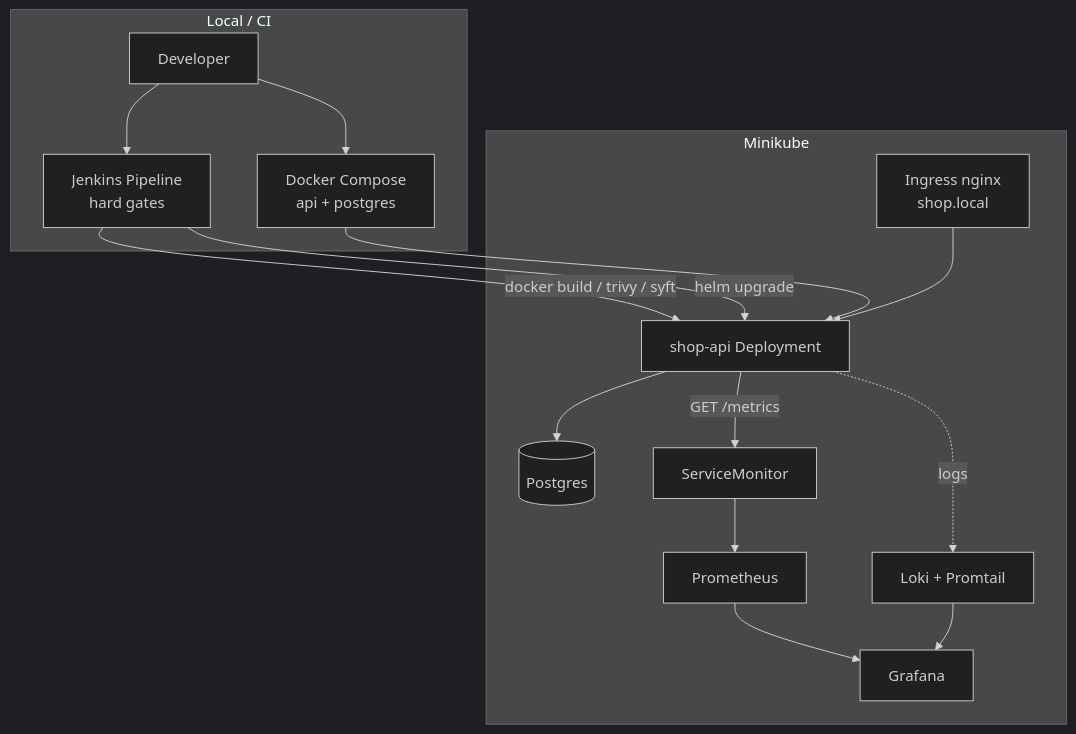
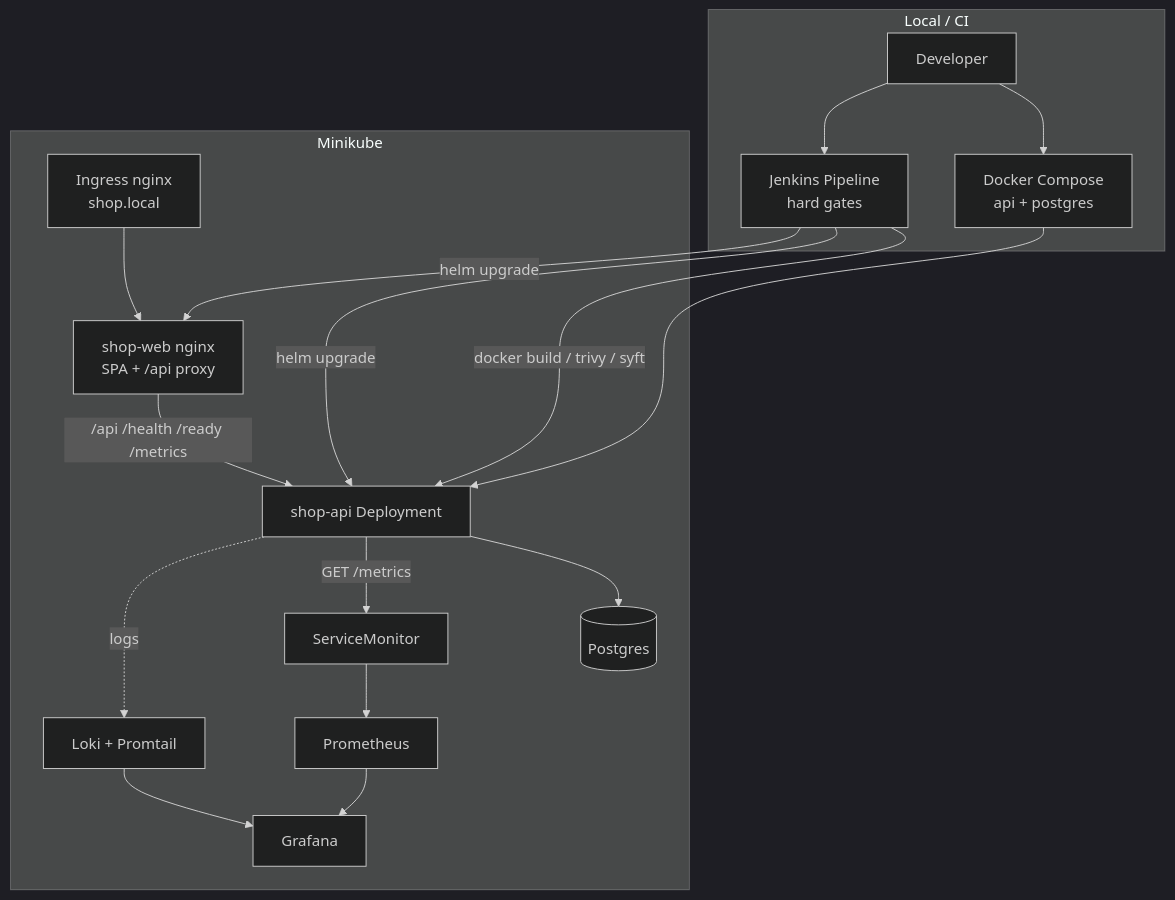
The diagram in README.md (almog975/FinalProject), drawn with Mermaid (dark theme) before and after one commit. The commit also changed other lines of this file and 18 other files, not shown here.

First line of the commit message:
feat: separate shop-web nginx container from API

````diff
--- a/README.md
+++ b/README.md
@@ -28,31 +28,34 @@
 ```mermaid
 flowchart TB
   subgraph local["Local / CI"]
     Dev[Developer]
     Jenkins[Jenkins Pipeline<br/>hard gates]
     Compose[Docker Compose<br/>api + postgres]
   end
 
   subgraph mk["Minikube"]
     Ingress[Ingress nginx<br/>shop.local]
+    Web[shop-web nginx<br/>SPA + /api proxy]
     API[shop-api Deployment]
     PG[(Postgres)]
     SM[ServiceMonitor]
     Prom[Prometheus]
     Graf[Grafana]
     Loki[Loki + Promtail]
   end
 
   Dev --> Compose
   Dev --> Jenkins
   Jenkins -->|docker build / trivy / syft| API
   Jenkins -->|helm upgrade| API
+  Jenkins -->|helm upgrade| Web
   Compose --> API
-  Ingress --> API
+  Ingress --> Web
+  Web -->|/api /health /ready /metrics| API
   API --> PG
   API -->|GET /metrics| SM
   SM --> Prom
   Prom --> Graf
   API -.->|logs| Loki
   Loki --> Graf
 ```
````
